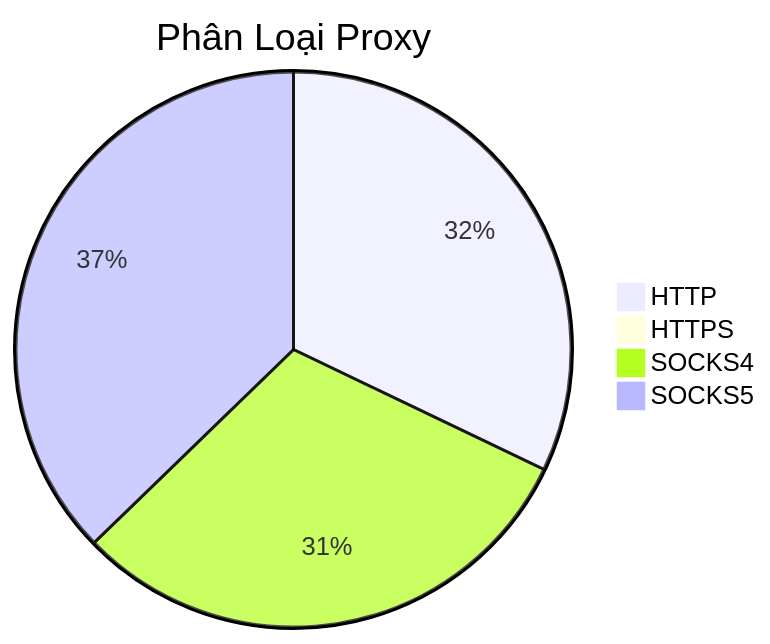
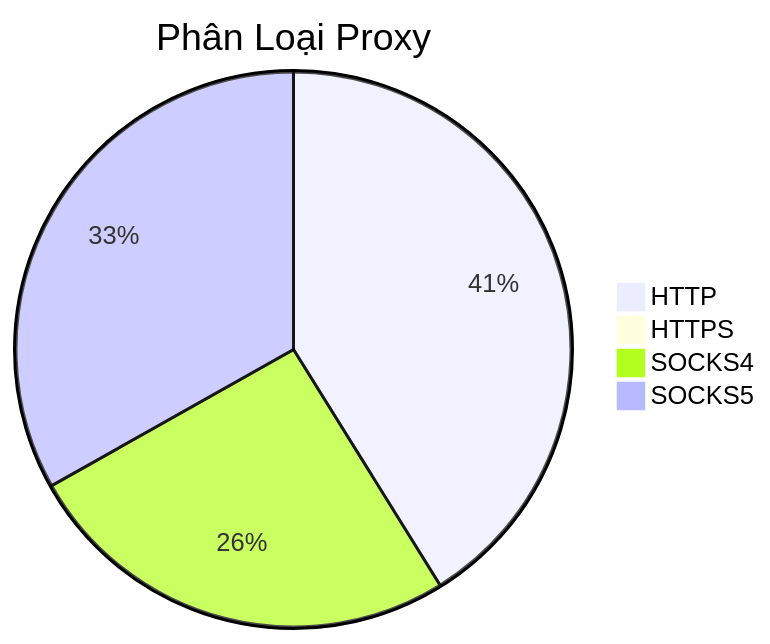
One commit to Ciara-12/PROXY-free changed the diagram in README.md. Above: the diagram before and after it, drawn with Mermaid. The commit also changed other lines of this file and 4 other files, not shown here.

````diff
--- a/README.md
+++ b/README.md
@@ -26,7 +26,7 @@
 ```mermaid
 pie title Phân Loại Proxy
-    "HTTP" : 306
-    "HTTPS" : 1
-    "SOCKS4" : 292
-    "SOCKS5" : 355
+    "HTTP" : 402
+    "HTTPS" : 0
+    "SOCKS4" : 251
+    "SOCKS5" : 324
 ```
````
